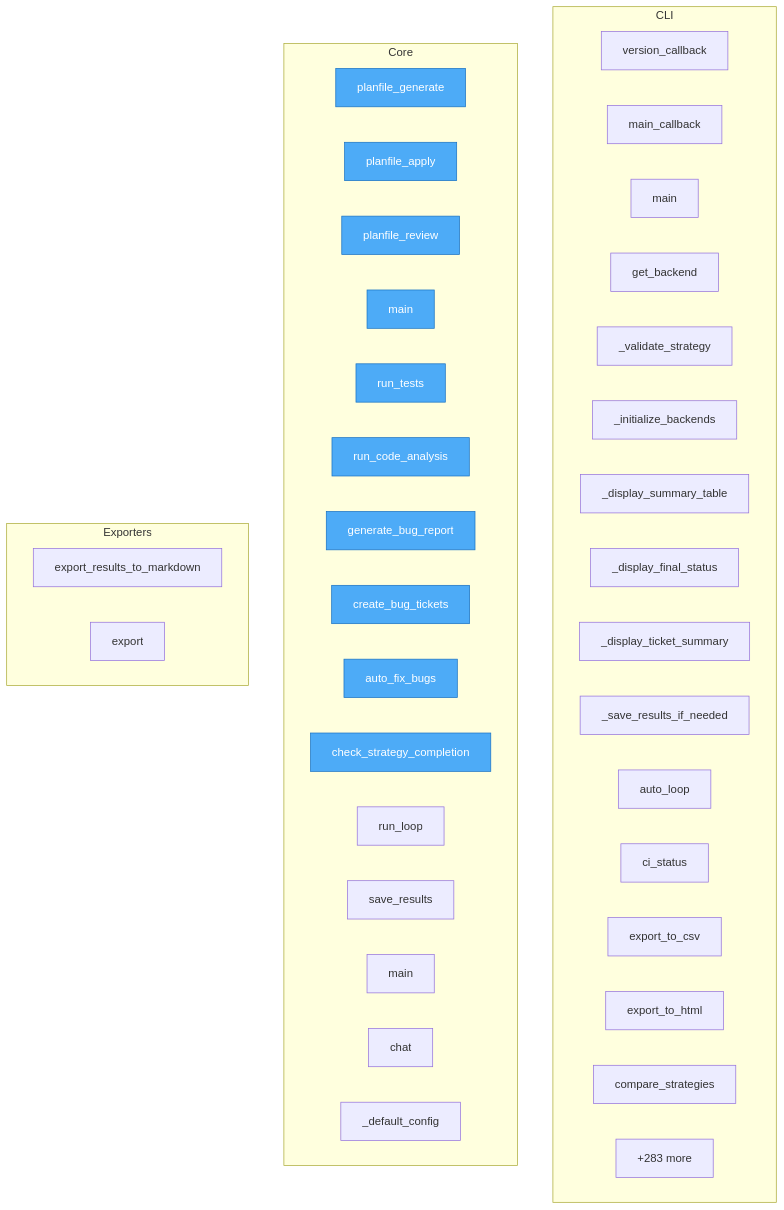
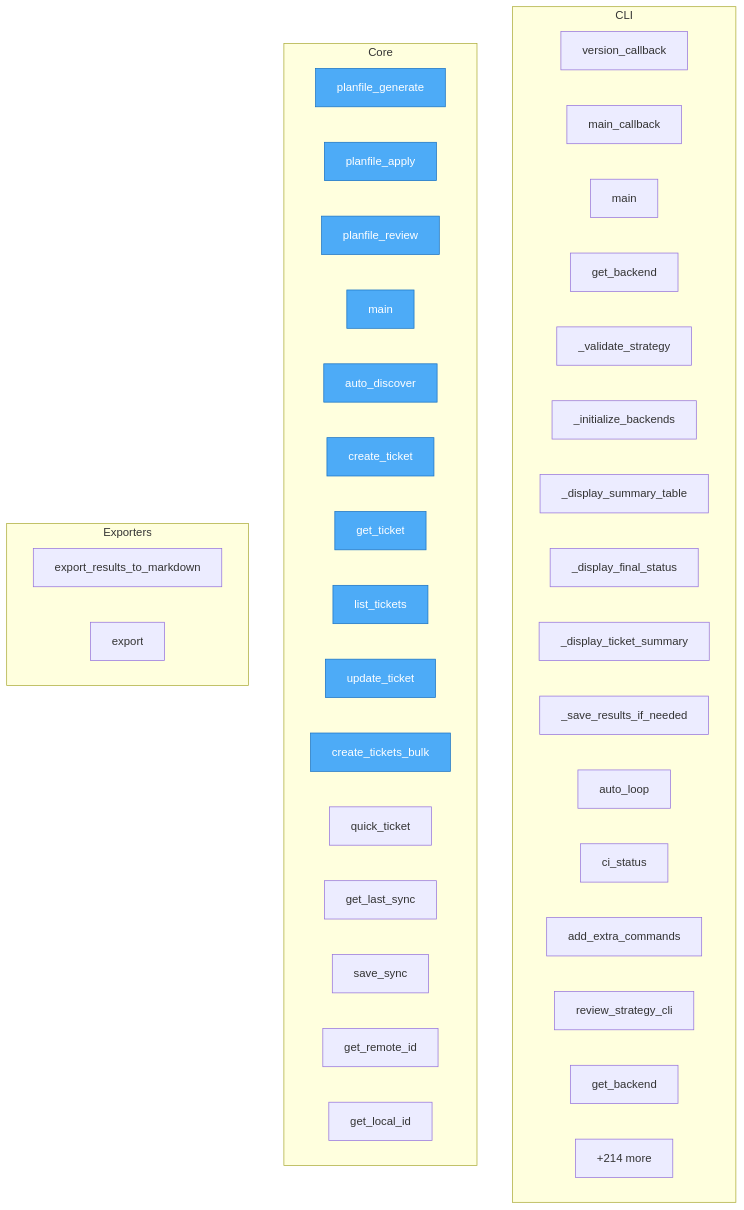
The diagram in project/flow.mmd (semcod/planfile), drawn with Mermaid before and after one commit. The commit also changed 21 other files, not shown here.

First line of the commit message:
refactor(docs): code analysis engine

```diff
--- a/project/flow.mmd
+++ b/project/flow.mmd
@@ -1,49 +1,49 @@
 flowchart TD
 
     %% Entry points (blue)
     classDef entry fill:#4dabf7,stroke:#1971c2,color:#fff
 
     subgraph CLI
         planfile__cli__commands__version_callback["version_callback"]
         planfile__cli__commands__main_callback["main_callback"]
         planfile__cli__commands__main["main"]
         planfile__cli__auto_loop__get_backend["get_backend"]
         planfile__cli__auto_loop___validate_strategy["_validate_strategy"]
         planfile__cli__auto_loop___initialize_backends["_initialize_backends"]
         planfile__cli__auto_loop___display_summary_table["_display_summary_table"]
         planfile__cli__auto_loop___display_final_status["_display_final_status"]
         planfile__cli__auto_loop___display_ticket_summary["_display_ticket_summary"]
         planfile__cli__auto_loop___save_results_if_needed["_save_results_if_needed"]
         planfile__cli__auto_loop__auto_loop["auto_loop"]
         planfile__cli__auto_loop__ci_status["ci_status"]
-        planfile__cli__extra_commands__export_to_csv["export_to_csv"]
-        planfile__cli__extra_commands__export_to_html["export_to_html"]
-        planfile__cli__extra_commands__compare_strategies["compare_strategies"]
-        ...["+20 more"]
+        planfile__cli__extra_commands__add_extra_commands["add_extra_commands"]
+        planfile__cli__cmd__cmd_review__review_strategy_cli["review_strategy_cli"]
+        planfile__cli__cmd__cmd_utils__get_backend["get_backend"]
+        ...["+26 more"]
     end
 
     subgraph Core
         mcp_server_example__planfile_generate["planfile_generate"]
         mcp_server_example__planfile_apply["planfile_apply"]
         mcp_server_example__planfile_review["planfile_review"]
         mcp_server_example__main["main"]
-        planfile__ci_runner__CIRunner__run_tests["run_tests"]
-        planfile__ci_runner__CIRunner__run_code_analysis["run_code_analysis"]
-        planfile__ci_runner__CIRunner__generate_bug_report["generate_bug_report"]
-        planfile__ci_runner__CIRunner__create_bug_tickets["create_bug_tickets"]
-        planfile__ci_runner__CIRunner__auto_fix_bugs["auto_fix_bugs"]
-        planfile__ci_runner__CIRunner__check_strategy_completion["check_strategy_completion"]
-        planfile__ci_runner__CIRunner__run_loop["run_loop"]
-        planfile__ci_runner__CIRunner__save_results["save_results"]
-        planfile__ci_runner__main["main"]
-        planfile__executor_standalone__LLMClient__chat["chat"]
-        planfile__executor_standalone__StrategyExecutor___default_config["_default_config"]
-        ...["+283 more"]
+        planfile__Planfile__auto_discover["auto_discover"]
+        planfile__Planfile__create_ticket["create_ticket"]
+        planfile__Planfile__get_ticket["get_ticket"]
+        planfile__Planfile__list_tickets["list_tickets"]
+        planfile__Planfile__update_ticket["update_ticket"]
+        planfile__Planfile__create_tickets_bulk["create_tickets_bulk"]
+        planfile__quick_ticket["quick_ticket"]
+        planfile__sync__state__SyncState__get_last_sync["get_last_sync"]
+        planfile__sync__state__SyncState__save_sync["save_sync"]
+        planfile__sync__state__SyncState__get_remote_id["get_remote_id"]
+        planfile__sync__state__SyncState__get_local_id["get_local_id"]
+        ...["+214 more"]
     end
 
     subgraph Exporters
         planfile__loaders__cli_loader__export_results_to_markdown["export_results_to_markdown"]
-        planfile__models_v2__Strategy__export["export"]
+        planfile__core__models__Strategy__export["export"]
     end
 
-    class mcp_server_example__planfile_generate,mcp_server_example__planfile_apply,mcp_server_example__planfile_review,mcp_server_example__main,planfile__ci_runner__CIRunner__run_tests,planfile__ci_runner__CIRunner__run_code_analysis,planfile__ci_runner__CIRunner__generate_bug_report,planfile__ci_runner__CIRunner__create_bug_tickets,planfile__ci_runner__CIRunner__auto_fix_bugs,planfile__ci_runner__CIRunner__check_strategy_completion entry
+    class mcp_server_example__planfile_generate,mcp_server_example__planfile_apply,mcp_server_example__planfile_review,mcp_server_example__main,planfile__Planfile__auto_discover,planfile__Planfile__create_ticket,planfile__Planfile__get_ticket,planfile__Planfile__list_tickets,planfile__Planfile__update_ticket,planfile__Planfile__create_tickets_bulk entry
```
